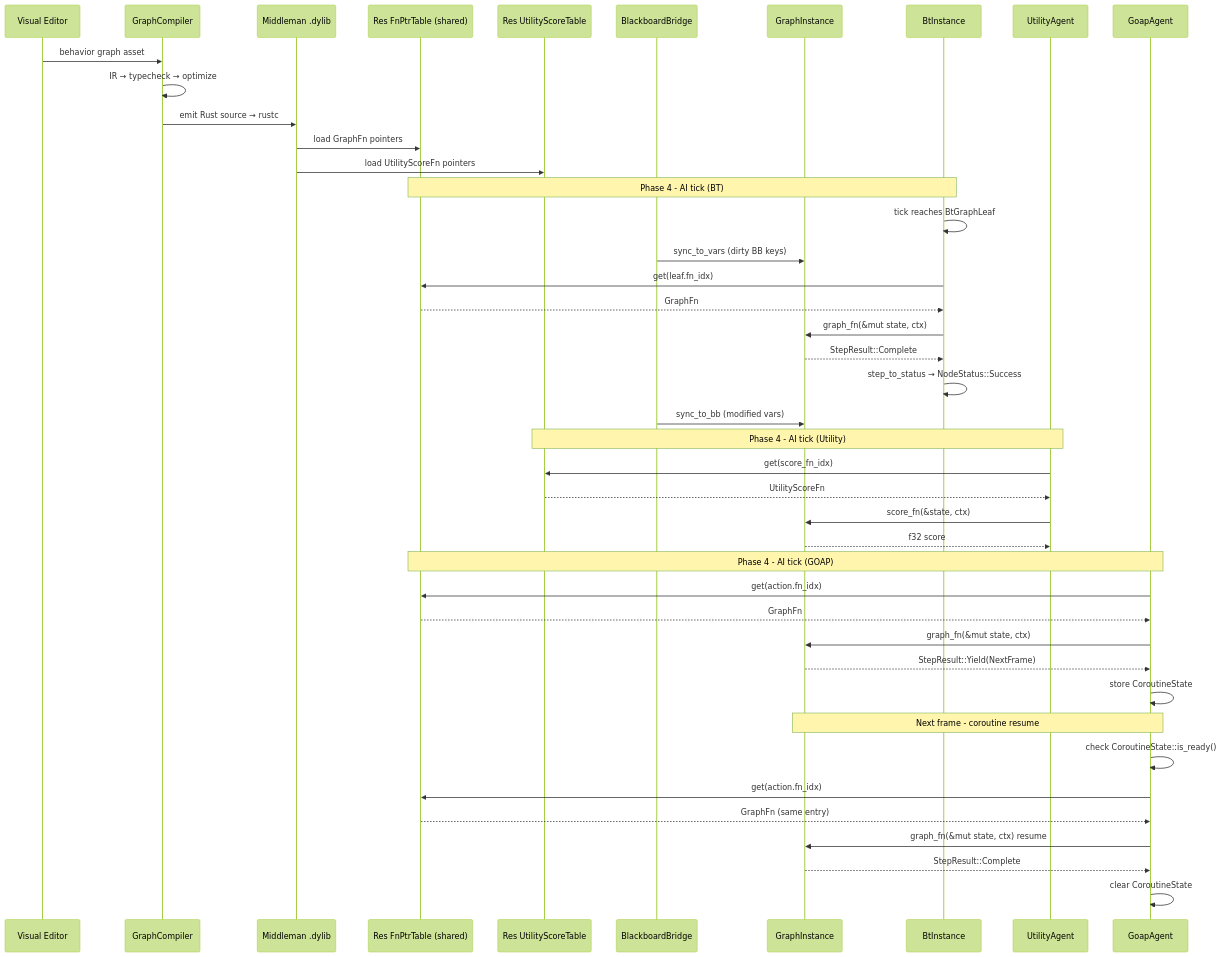
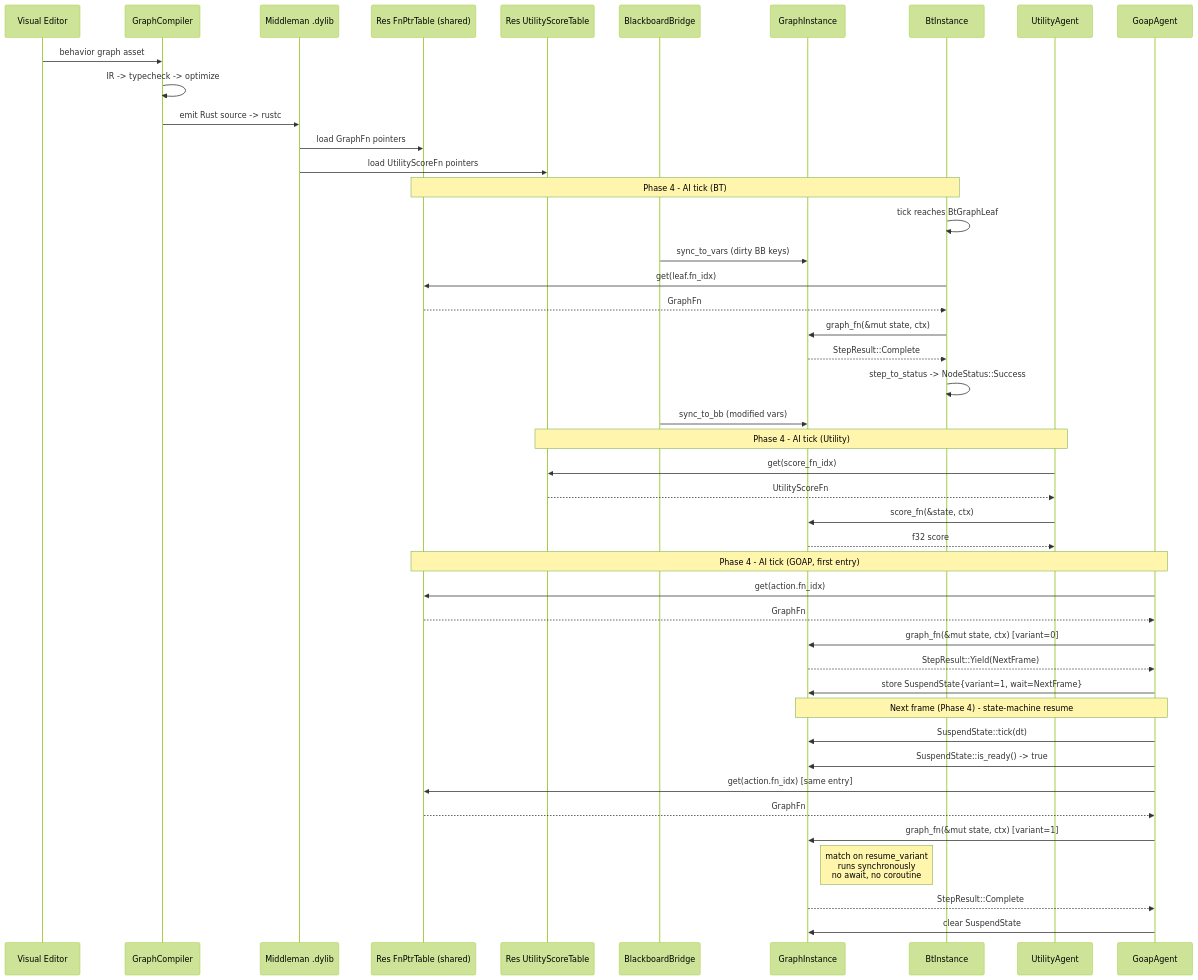
One commit to harmonius-dev/harmonius changed the second of 2 diagrams in docs/design/integration/ai-scripting.md. Above: the diagram before and after it, drawn with Mermaid (forest theme). The commit also changed other lines of this file and 109 other files, not shown here.

````diff
--- a/docs/design/integration/ai-scripting.md
+++ b/docs/design/integration/ai-scripting.md
@@ -302,50 +417,52 @@
 ```mermaid
 sequenceDiagram
     participant VE as Visual Editor
     participant GC as GraphCompiler
     participant DL as Middleman .dylib
     participant FP as Res FnPtrTable (shared)
     participant ST as Res UtilityScoreTable
     participant BB as BlackboardBridge
     participant GI as GraphInstance
     participant BT as BtInstance
     participant UA as UtilityAgent
     participant GP as GoapAgent
 
     VE->>GC: behavior graph asset
-    GC->>GC: IR → typecheck → optimize
-    GC->>DL: emit Rust source → rustc
+    GC->>GC: IR -> typecheck -> optimize
+    GC->>DL: emit Rust source -> rustc
     DL->>FP: load GraphFn pointers
     DL->>ST: load UtilityScoreFn pointers
 
     Note over BT,FP: Phase 4 - AI tick (BT)
     BT->>BT: tick reaches BtGraphLeaf
     BB->>GI: sync_to_vars (dirty BB keys)
     BT->>FP: get(leaf.fn_idx)
     FP-->>BT: GraphFn
     BT->>GI: graph_fn(&mut state, ctx)
     GI-->>BT: StepResult::Complete
-    BT->>BT: step_to_status → NodeStatus::Success
+    BT->>BT: step_to_status -> NodeStatus::Success
     BB->>GI: sync_to_bb (modified vars)
 
     Note over UA,ST: Phase 4 - AI tick (Utility)
     UA->>ST: get(score_fn_idx)
     ST-->>UA: UtilityScoreFn
     UA->>GI: score_fn(&state, ctx)
     GI-->>UA: f32 score
 
-    Note over GP,FP: Phase 4 - AI tick (GOAP)
+    Note over GP,FP: Phase 4 - AI tick (GOAP, first entry)
     GP->>FP: get(action.fn_idx)
     FP-->>GP: GraphFn
-    GP->>GI: graph_fn(&mut state, ctx)
+    GP->>GI: graph_fn(&mut state, ctx) [variant=0]
     GI-->>GP: StepResult::Yield(NextFrame)
-    GP->>GP: store CoroutineState
+    GP->>GI: store SuspendState{variant=1, wait=NextFrame}
 
-    Note over GP,GI: Next frame - coroutine resume
-    GP->>GP: check CoroutineState::is_ready()
-    GP->>FP: get(action.fn_idx)
-    FP-->>GP: GraphFn (same entry)
-    GP->>GI: graph_fn(&mut state, ctx) resume
+    Note over GP,GI: Next frame (Phase 4) - state-machine resume
+    GP->>GI: SuspendState::tick(dt)
+    GP->>GI: SuspendState::is_ready() -> true
+    GP->>FP: get(action.fn_idx) [same entry]
+    FP-->>GP: GraphFn
+    GP->>GI: graph_fn(&mut state, ctx) [variant=1]
+    Note right of GI: match on resume_variant<br/>runs synchronously<br/>no await, no coroutine
     GI-->>GP: StepResult::Complete
-    GP->>GP: clear CoroutineState
+    GP->>GI: clear SuspendState
 ```
````
